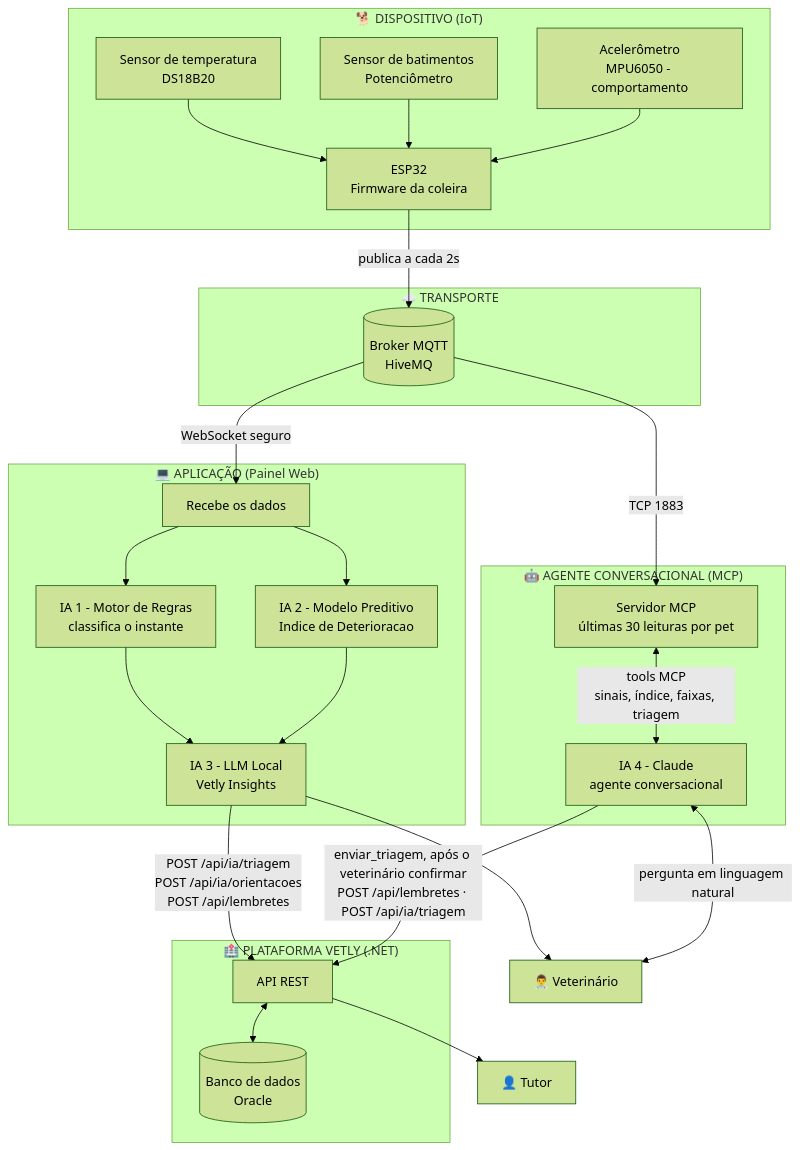
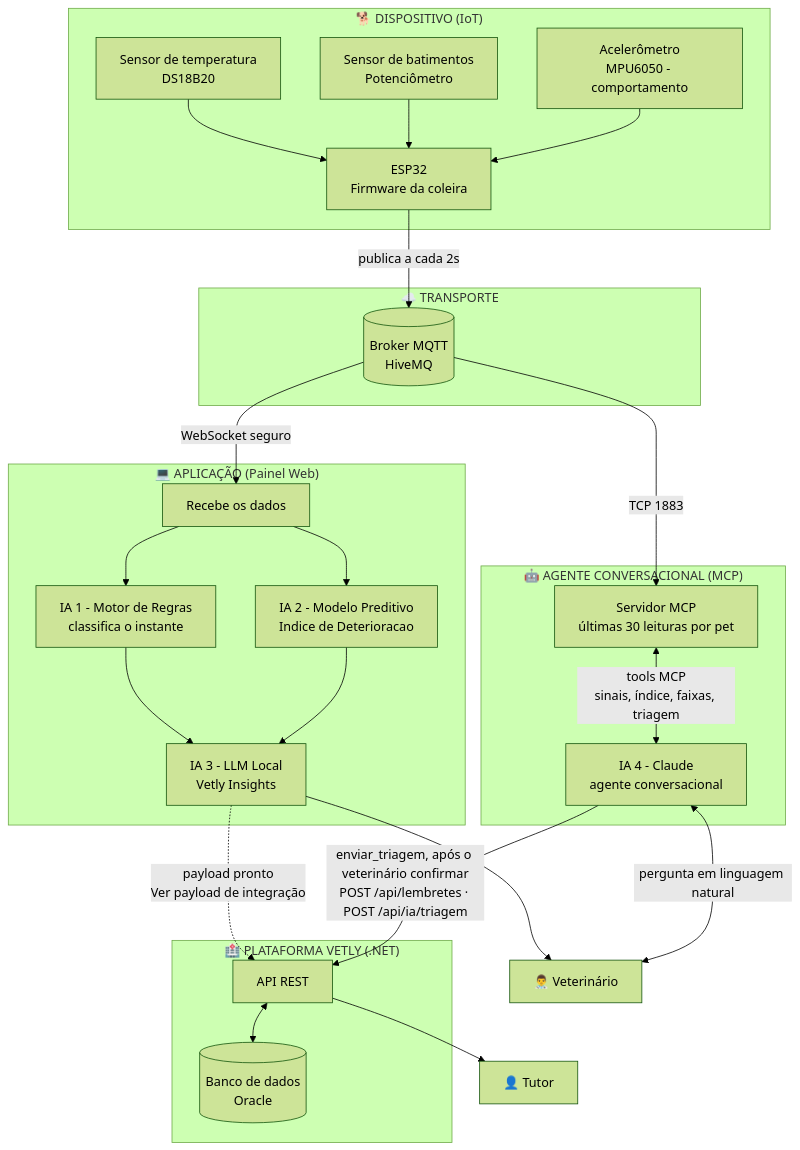
One commit to challenge-vetly/vetly-iot changed the first of 3 diagrams in README.md. Above: the diagram before and after it, drawn with Mermaid (forest theme). The commit also changed other lines of this file, not shown here.

Commit message:
docs: revisão geral para a entrega (mapa da avaliação, diagramas e tabela de personalização)

````diff
--- a/README.md
+++ b/README.md
@@ -79,51 +82,51 @@
 ```mermaid
 flowchart TB
     subgraph DISPOSITIVO["🐕 DISPOSITIVO (IoT)"]
         S1[Sensor de temperatura<br/>DS18B20]
         S2[Sensor de batimentos<br/>Potenciômetro]
         S3[Acelerômetro<br/>MPU6050 - comportamento]
         ESP[ESP32<br/>Firmware da coleira]
         S1 --> ESP
         S2 --> ESP
         S3 --> ESP
     end
 
     subgraph NUVEM["☁️ TRANSPORTE"]
         MQTT[(Broker MQTT<br/>HiveMQ)]
     end
 
     subgraph APP["💻 APLICAÇÃO (Painel Web)"]
         REC[Recebe os dados]
         IA1[IA 1 - Motor de Regras<br/>classifica o instante]
         IA2[IA 2 - Modelo Preditivo<br/>Indice de Deterioracao]
         IA3[IA 3 - LLM Local<br/>Vetly Insights]
         REC --> IA1
         REC --> IA2
         IA1 --> IA3
         IA2 --> IA3
     end
 
     subgraph AGENTE["🤖 AGENTE CONVERSACIONAL (MCP)"]
         MCPS[Servidor MCP<br/>últimas 30 leituras por pet]
         IA4[IA 4 - Claude<br/>agente conversacional]
         MCPS <-->|tools MCP<br/>sinais, índice, faixas, triagem| IA4
     end
 
     subgraph BACKEND["🏥 PLATAFORMA VETLY (.NET)"]
         API[API REST]
         DB[(Banco de dados<br/>Oracle)]
         API <--> DB
     end
 
     ESP -->|publica a cada 2s| MQTT
     MQTT -->|WebSocket seguro| REC
     MQTT -->|TCP 1883| MCPS
-    IA3 -->|POST /api/ia/triagem<br/>POST /api/ia/orientacoes<br/>POST /api/lembretes| API
+    IA3 -.->|payload pronto<br/>Ver payload de integração| API
     IA4 -->|enviar_triagem, após o veterinário confirmar<br/>POST /api/lembretes · POST /api/ia/triagem| API
 
     VET[👨‍⚕️ Veterinário]
     TUT[👤 Tutor]
     IA3 --> VET
     IA4 <-->|pergunta em linguagem natural| VET
     API --> TUT
 ```
````
